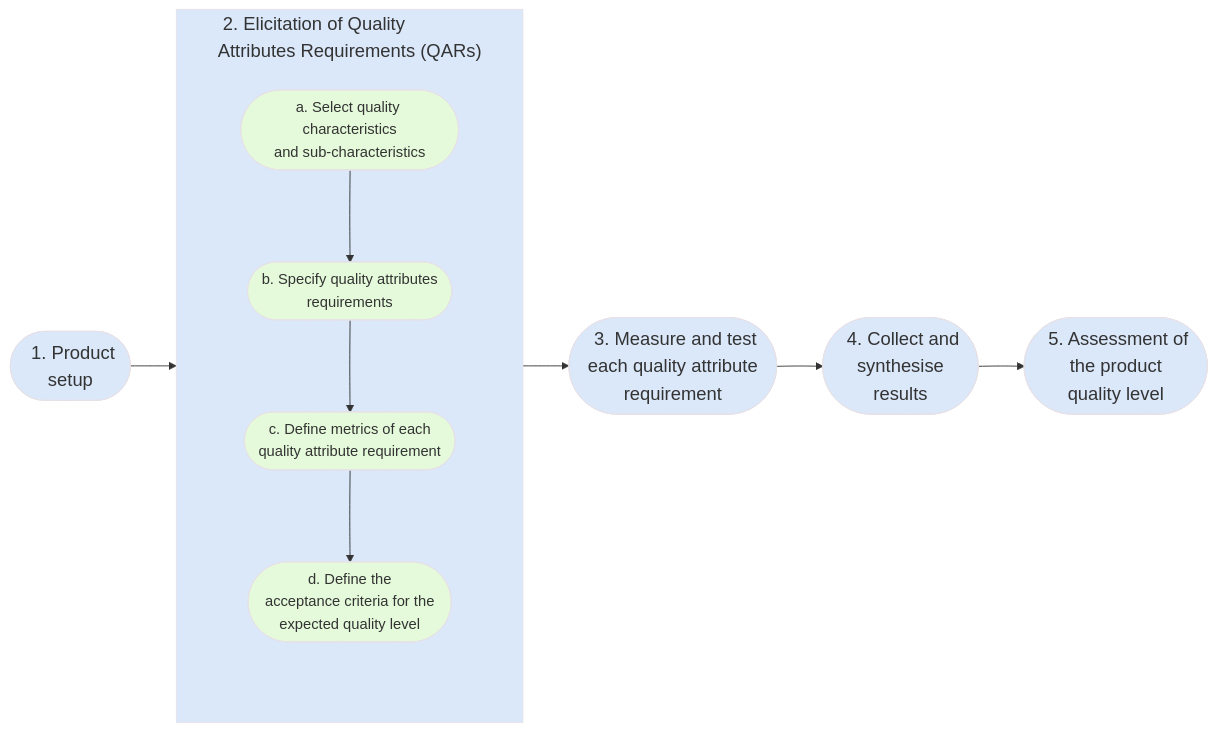
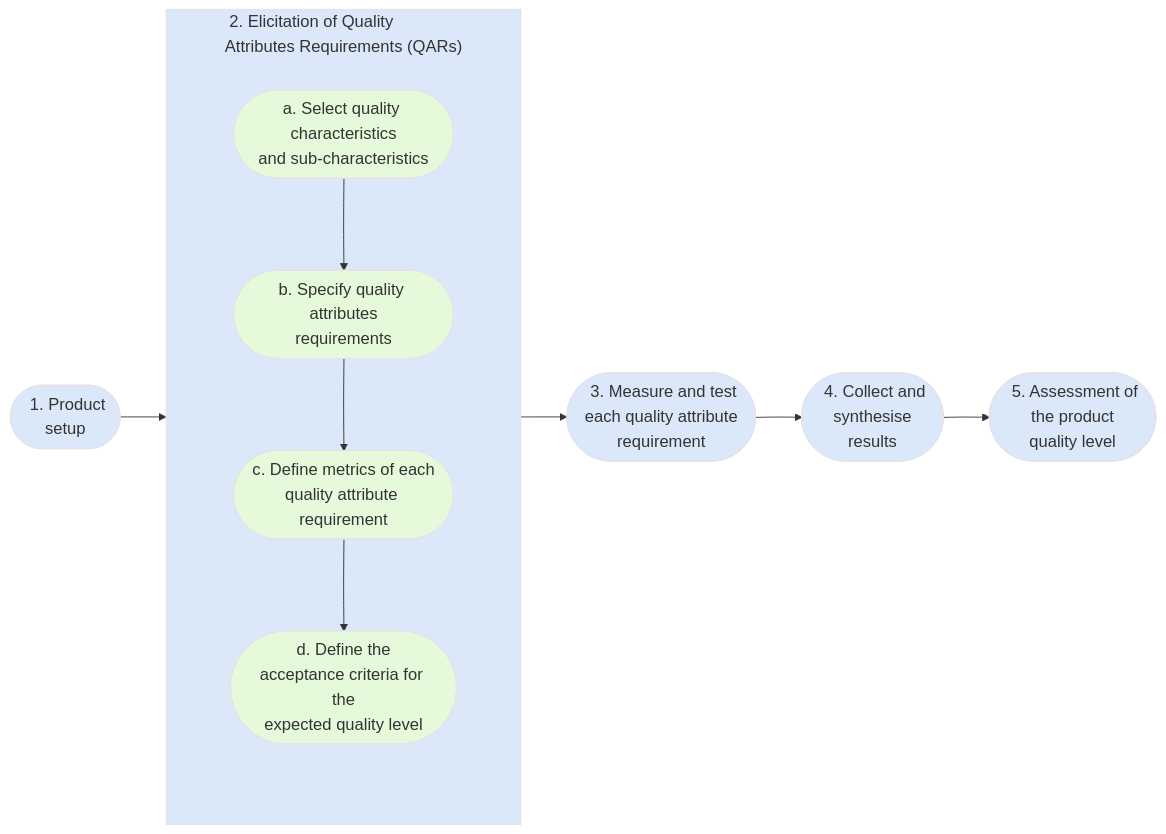
One commit to edinburgh-napier/SET09102 changed the diagram in notes/unit8_metrics/internal.md. Above: the diagram before and after it, drawn with Mermaid. The commit also changed 2 other files, not shown here.

````diff
--- a/notes/unit8_metrics/internal.md
+++ b/notes/unit8_metrics/internal.md
@@ -393,40 +393,40 @@
 ``` mermaid
 flowchart LR
     classDef invisible stroke:none,fill:none
-    classDef mainStep fill:#dae8fa,stroke:#e6e1e8,font-size:20px
-    classDef subStep fill:#e4fada,stroke:#e6e1e8
+    classDef mainStep fill:#dae8fa,stroke:#e6e1e8,font-size:18px
+    classDef subStep fill:#e4fada,stroke:#e6e1e8,font-size:18px
 
     subgraph id2["&nbsp;2. Elicitation of Quality<br/>Attributes Requirements (QARs)"]
         subgraph spacer [ ]
             direction TB
             id2a --> id2b
             id2b --> id2c
             id2c --> id2d
         end
     end
 
     id1(["&nbsp;1. Product<br/>setup"])
     id2a(["a. Select quality characteristics<br/>and sub-characteristics"])
     id2b(["b. Specify quality attributes<br/>requirements"])
     id2c(["c. Define metrics of each<br/>quality attribute requirement"])
     id2d(["d. Define the<br/>acceptance criteria for the<br/>expected quality level"])
     id3(["&nbsp;3. Measure and test<br/>each quality attribute<br/>requirement"])
     id4(["&nbsp;4. Collect and<br/>synthesise<br/>results"])
     id5(["&nbsp;5. Assessment of<br/>the product<br/>quality level"])
 
     id1 --> id2
     id2 --> id3
     id3 --> id4
     id4 --> id5
 
     class spacer invisible
     class id1 mainStep
     class id2 mainStep
     class id3 mainStep
     class id4 mainStep
     class id5 mainStep
     class id2a subStep
     class id2b subStep
     class id2c subStep
     class id2d subStep
 ```
````
